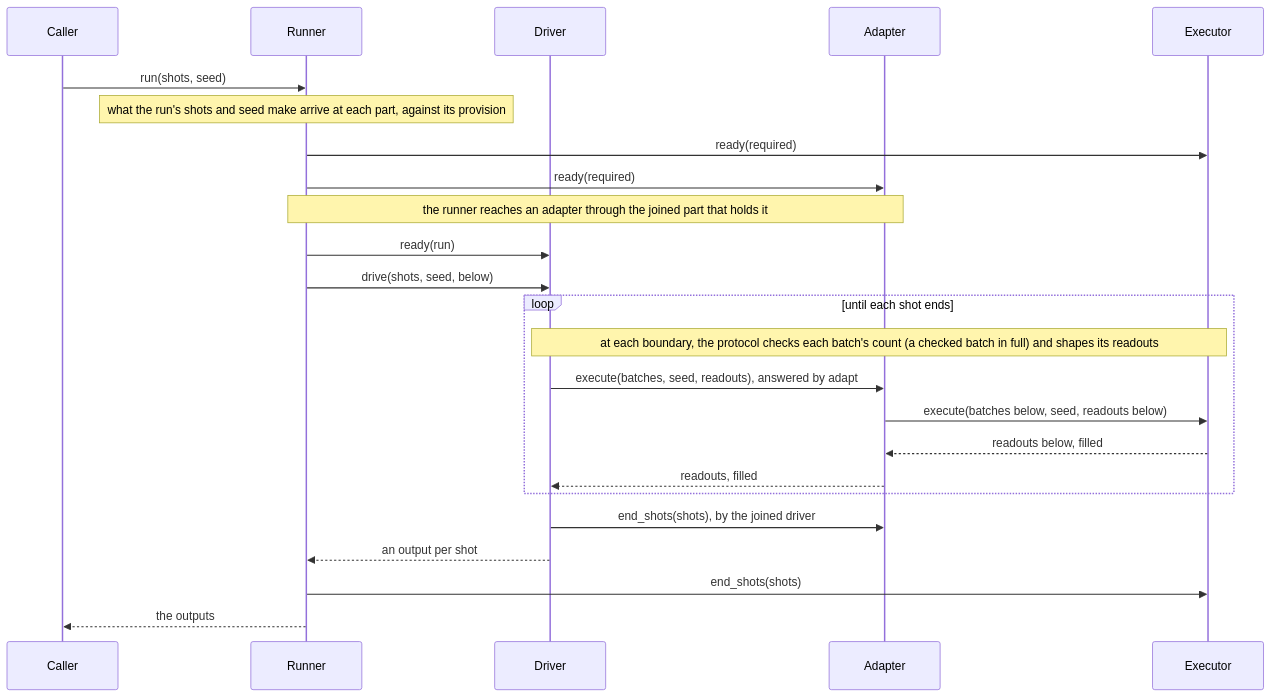
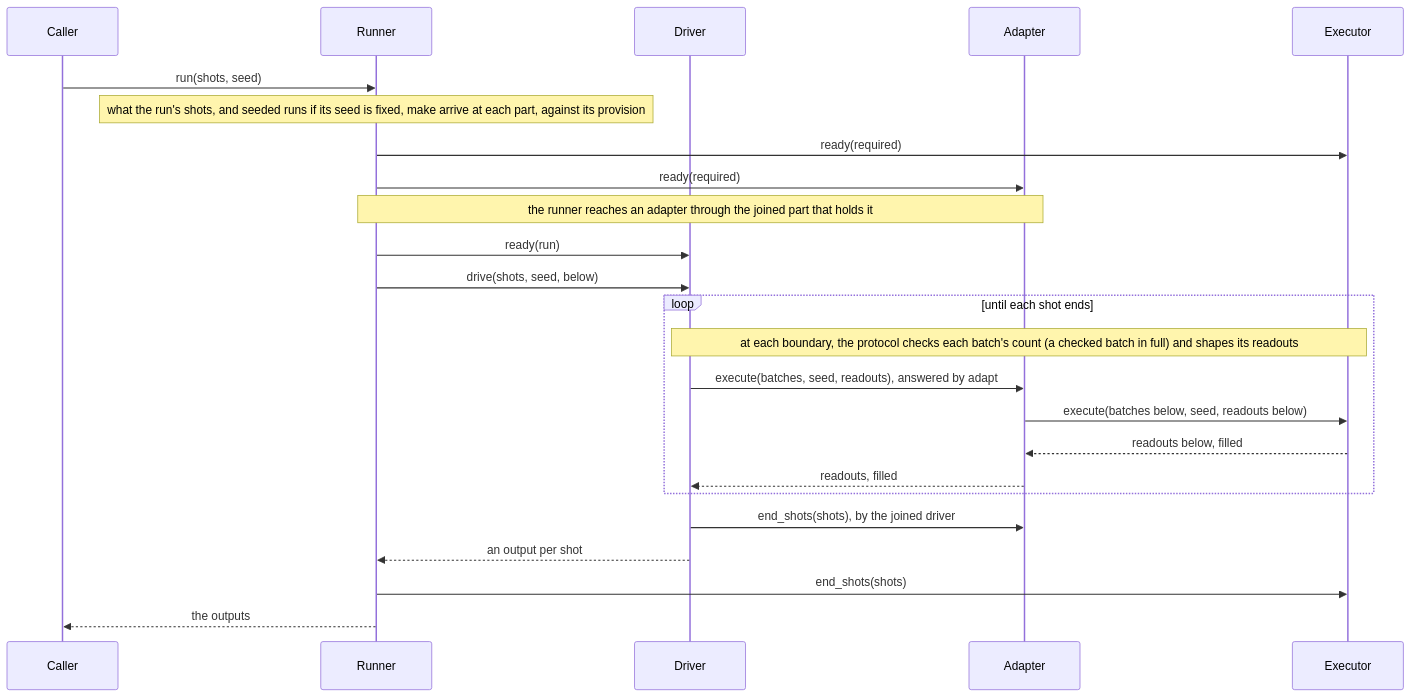
The diagram in source/executor_protocol/README.md (microsoft/qdk), drawn with Mermaid before and after one commit. The commit also changed other lines of this file and 10 other files, not shown here.

````diff
--- a/source/executor_protocol/README.md
+++ b/source/executor_protocol/README.md
@@ -250,26 +251,26 @@
 ```mermaid
 sequenceDiagram
   participant C as Caller
   participant R as Runner
   participant D as Driver
   participant A as Adapter
   participant E as Executor
   C->>R: run(shots, seed)
-  Note over R: what the run's shots and seed make arrive at each part, against its provision
+  Note over R: what the run's shots, and seeded runs if its seed is fixed, make arrive at each part, against its provision
   R->>E: ready(required)
   R->>A: ready(required)
   Note over R,A: the runner reaches an adapter through the joined part that holds it
   R->>D: ready(run)
   R->>D: drive(shots, seed, below)
   loop until each shot ends
     Note over D,E: at each boundary, the protocol checks each batch's count (a checked batch in full) and shapes its readouts
     D->>A: execute(batches, seed, readouts), answered by adapt
     A->>E: execute(batches below, seed, readouts below)
     E-->>A: readouts below, filled
     A-->>D: readouts, filled
   end
   D->>A: end_shots(shots), by the joined driver
   D-->>R: an output per shot
   R->>E: end_shots(shots)
   R-->>C: the outputs
 ```
````
